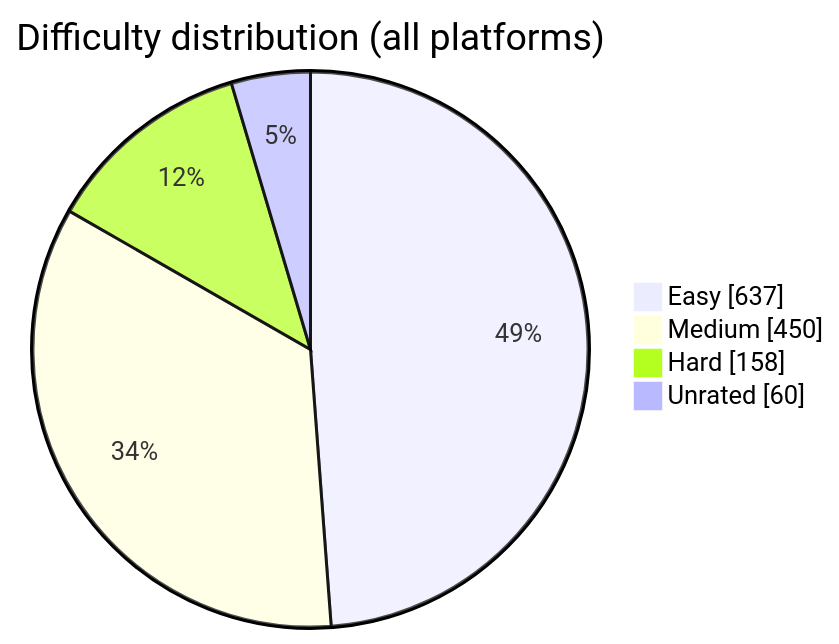
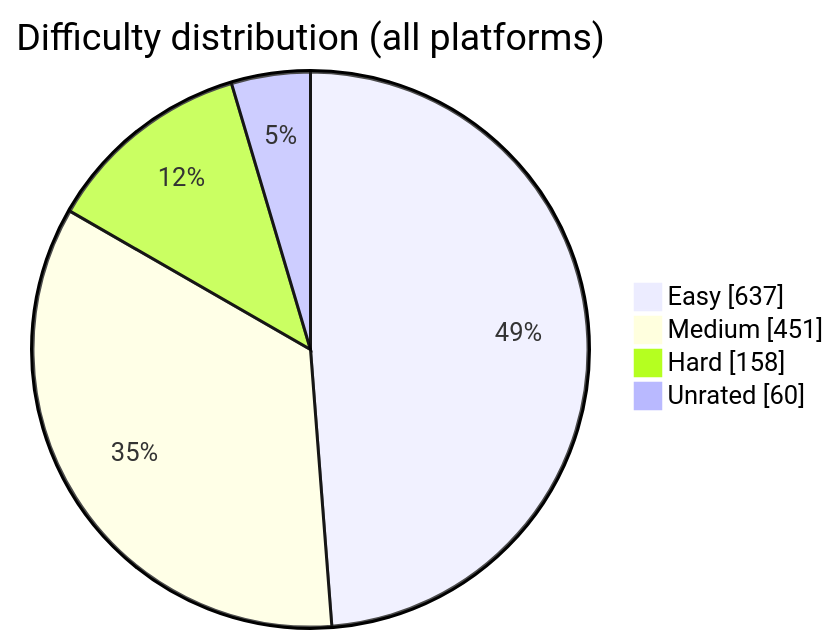
Before and after one commit to BuildbyArindam/Daily-Coding-Log: the diagram in README.md, drawn with Mermaid. The commit also changed other lines of this file, not shown here.

````diff
--- a/README.md
+++ b/README.md
@@ -93,7 +93,7 @@
 ```mermaid
 pie showData title Difficulty distribution (all platforms)
     "Easy" : 637
-    "Medium" : 450
+    "Medium" : 451
     "Hard" : 158
     "Unrated" : 60
 ```
````
